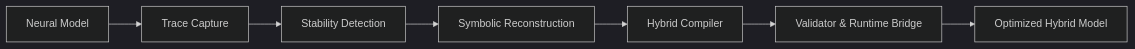
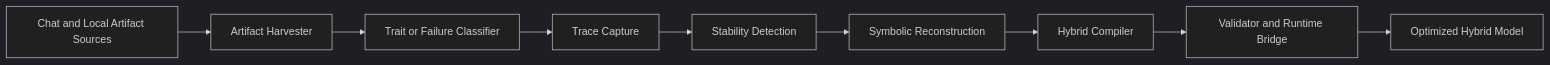
The diagram in docs/architecture.md (aRcHmaGe333/ECOmpile), drawn with Mermaid (dark theme) before and after one commit. The commit also changed other lines of this file and 20 other files, not shown here.

````diff
--- a/docs/architecture.md
+++ b/docs/architecture.md
@@ -7,9 +7,11 @@
 ```mermaid
 graph LR
-    A[Neural Model] --> B[Trace Capture]
-    B --> C[Stability Detection]
-    C --> D[Symbolic Reconstruction]
-    D --> E[Hybrid Compiler]
-    E --> F[Validator & Runtime Bridge]
-    F --> G[Optimized Hybrid Model]
+    A[Chat and Local Artifact Sources] --> B[Artifact Harvester]
+    B --> C[Trait or Failure Classifier]
+    C --> D[Trace Capture]
+    D --> E[Stability Detection]
+    E --> F[Symbolic Reconstruction]
+    F --> G[Hybrid Compiler]
+    G --> H[Validator and Runtime Bridge]
+    H --> I[Optimized Hybrid Model]
 ```
````
